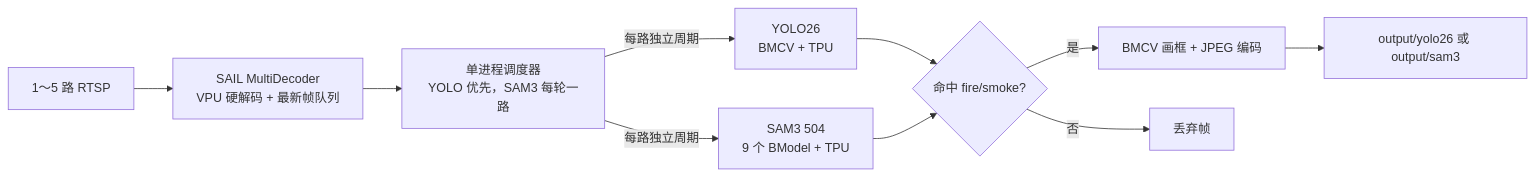
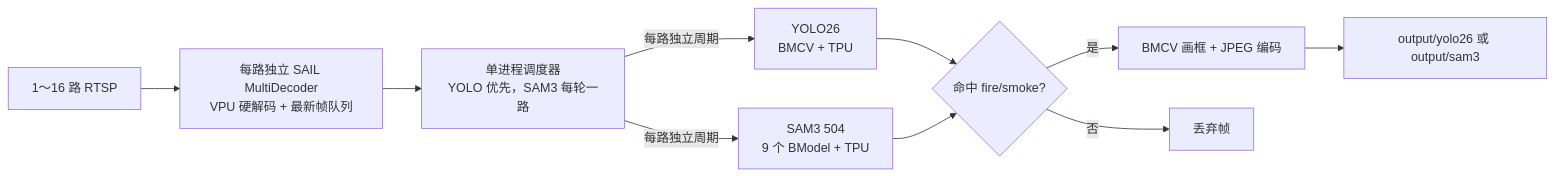
One commit to dongxuecheng/sophgo-rtsp-yolo-sam3 changed the diagram in README.md. Above: the diagram before and after it, drawn with Mermaid. The commit also changed other lines of this file and 6 other files, not shown here.

````diff
--- a/README.md
+++ b/README.md
@@ -9,12 +9,12 @@
 ```mermaid
 flowchart LR
-    RTSP["1～5 路 RTSP"] --> MD["SAIL MultiDecoder\nVPU 硬解码 + 最新帧队列"]
+    RTSP["1～16 路 RTSP"] --> MD["每路独立 SAIL MultiDecoder\nVPU 硬解码 + 最新帧队列"]
     MD --> S["单进程调度器\nYOLO 优先，SAM3 每轮一路"]
     S -->|"每路独立周期"| Y["YOLO26\nBMCV + TPU"]
     S -->|"每路独立周期"| A["SAM3 504\n9 个 BModel + TPU"]
     Y --> F{"命中 fire/smoke?"}
     A --> F
     F -->|是| W["BMCV 画框 + JPEG 编码"]
     F -->|否| D["丢弃帧"]
     W --> O["output/yolo26 或 output/sam3"]
 ```
````
